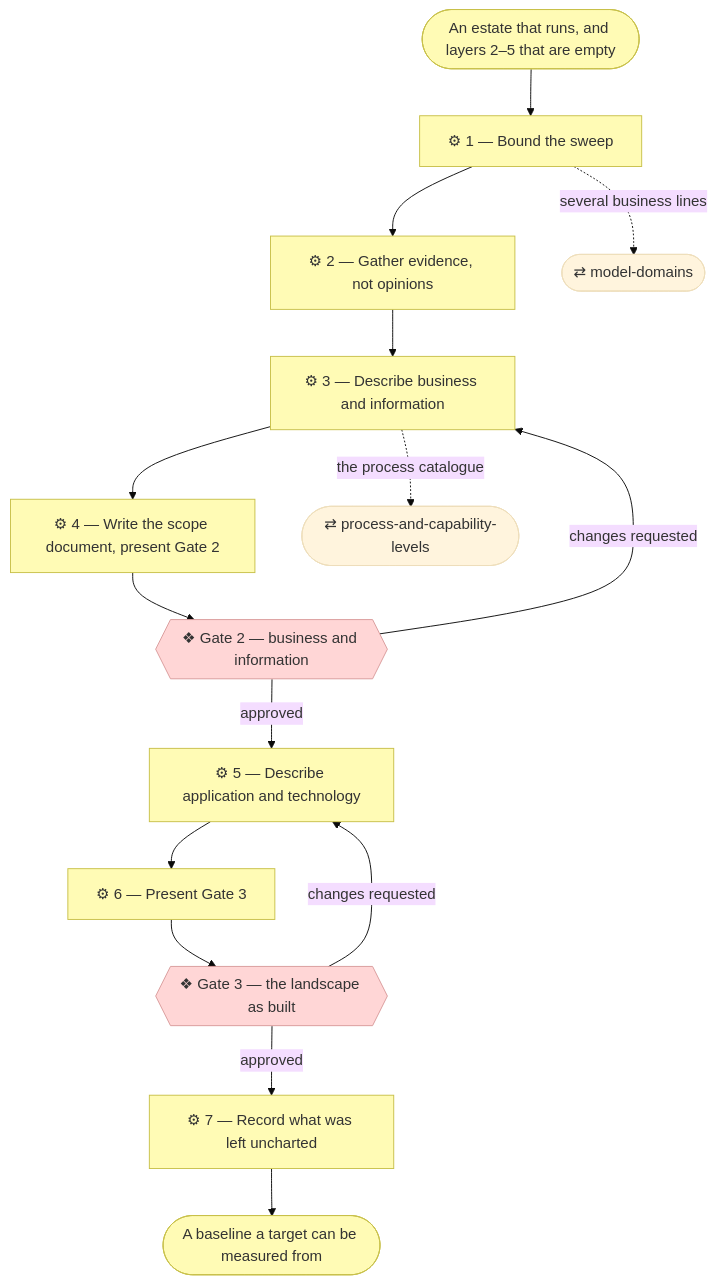
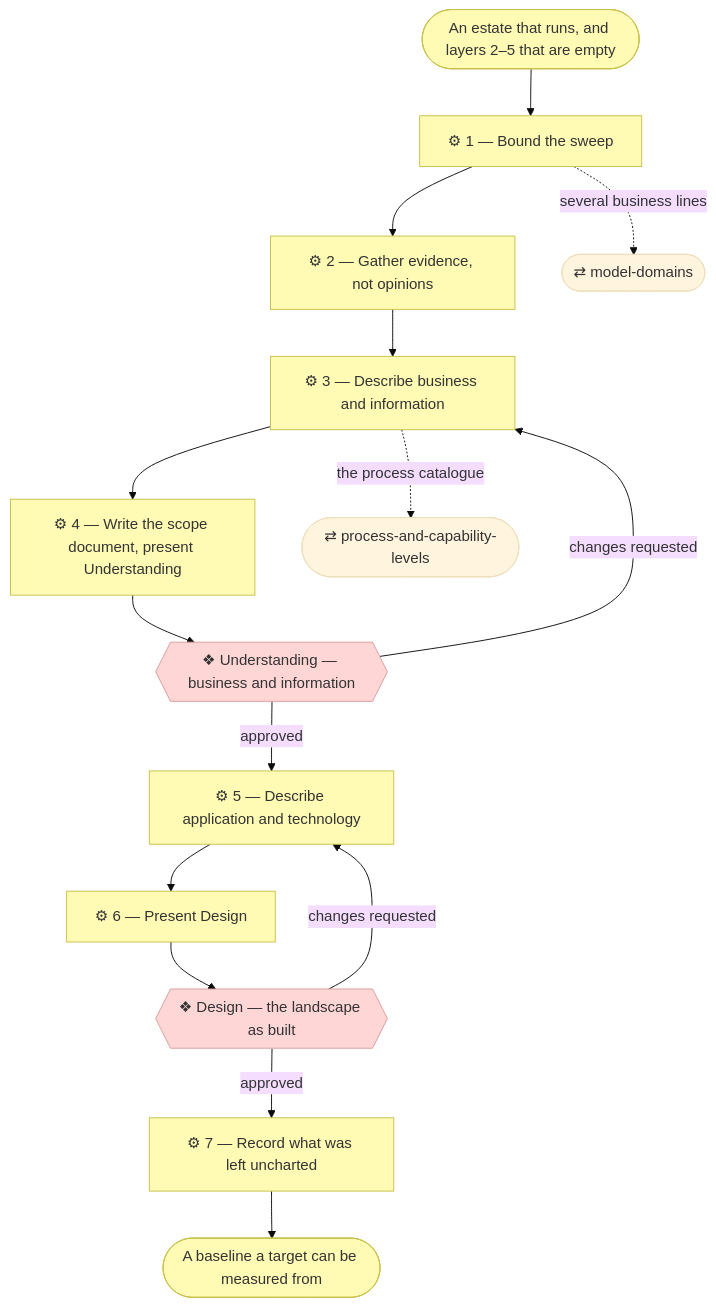
Before and after one commit to roanboc/archreator: the diagram in plugins/archreator/skills/discover-current-landscape/SKILL.md, drawn with Mermaid (base theme). The commit also changed other lines of this file and 32 other files, not shown here.

````diff
--- a/plugins/archreator/skills/discover-current-landscape/SKILL.md
+++ b/plugins/archreator/skills/discover-current-landscape/SKILL.md
@@ -51,29 +51,29 @@
 ```mermaid
 flowchart TD
   trig(["An estate that runs, and layers 2–5 that are empty"])
   s1["⚙ 1 — Bound the sweep"]
   s2["⚙ 2 — Gather evidence, not opinions"]
   s3["⚙ 3 — Describe business and information"]
-  s4["⚙ 4 — Write the scope document, present Gate 2"]
-  g2{{"❖ Gate 2 — business and information"}}
+  s4["⚙ 4 — Write the scope document, present Understanding"]
+  g2{{"❖ Understanding — business and information"}}
   s5["⚙ 5 — Describe application and technology"]
-  s6["⚙ 6 — Present Gate 3"]
-  g3{{"❖ Gate 3 — the landscape as built"}}
+  s6["⚙ 6 — Present Design"]
+  g3{{"❖ Design — the landscape as built"}}
   s7["⚙ 7 — Record what was left uncharted"]
   pcl(["⇄ process-and-capability-levels"])
   dom(["⇄ model-domains"])
   out(["A baseline a target can be measured from"])
 
   trig --> s1 --> s2 --> s3 --> s4 --> g2
   s1 -. several business lines .-> dom
   s3 -. the process catalogue .-> pcl
   g2 -->|changes requested| s3
   g2 -->|approved| s5 --> s6 --> g3
   g3 -->|changes requested| s5
   g3 -->|approved| s7 --> out
 
   classDef business fill:#fffbb5,stroke:#c8c04a,color:#333
   classDef implementation fill:#ffd6d6,stroke:#d99b9b,color:#333
   class s1,s2,s3,s4,s5,s6,s7,trig,out business
   class g2,g3 implementation
 ```
````
